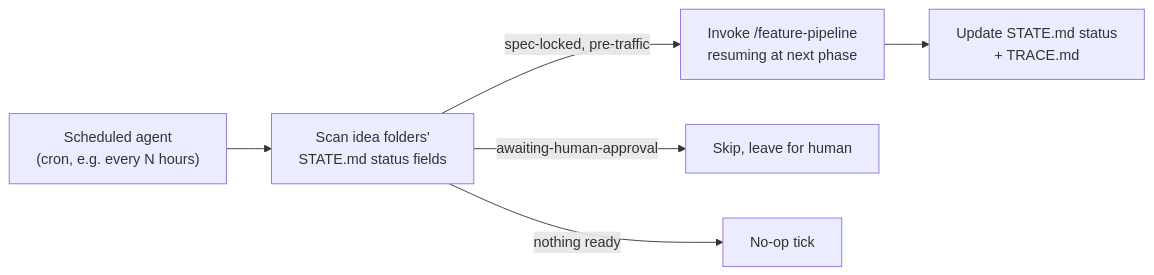
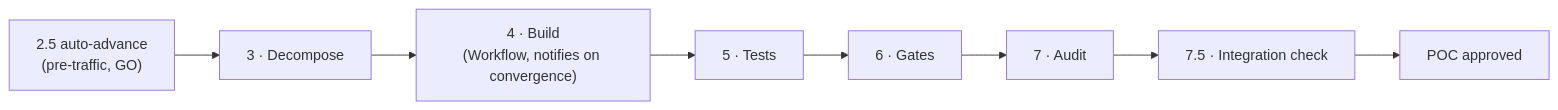
The fifth of 5 diagrams in docs/DARK-FACTORY-DESIGN.md (sibulus13/claudence), drawn with Mermaid before and after one commit. The commit also changed other lines of this file and 1 other file, not shown here.

First line of the commit message:
fix: replace scheduled-cron trigger with continuous event-driven execution

````diff
--- a/docs/DARK-FACTORY-DESIGN.md
+++ b/docs/DARK-FACTORY-DESIGN.md
@@ -158,8 +158,7 @@
 ```mermaid
 flowchart LR
-    CRON["Scheduled agent<br/>(cron, e.g. every N hours)"] --> SCAN[Scan idea folders'<br/>STATE.md status fields]
-    SCAN -- spec-locked, pre-traffic --> RESUME[Invoke /feature-pipeline<br/>resuming at next phase]
-    SCAN -- awaiting-human-approval --> SKIP[Skip, leave for human]
-    SCAN -- nothing ready --> NOOP[No-op tick]
-    RESUME --> WRITE[Update STATE.md status<br/>+ TRACE.md]
+    P25["2.5 auto-advance<br/>(pre-traffic, GO)"] --> P3[3 · Decompose]
+    P3 --> P4["4 · Build<br/>(Workflow, notifies on convergence)"]
+    P4 --> P5[5 · Tests] --> P6[6 · Gates] --> P7[7 · Audit] --> P75[7.5 · Integration check]
+    P75 --> DONE[POC approved]
 ```
````
